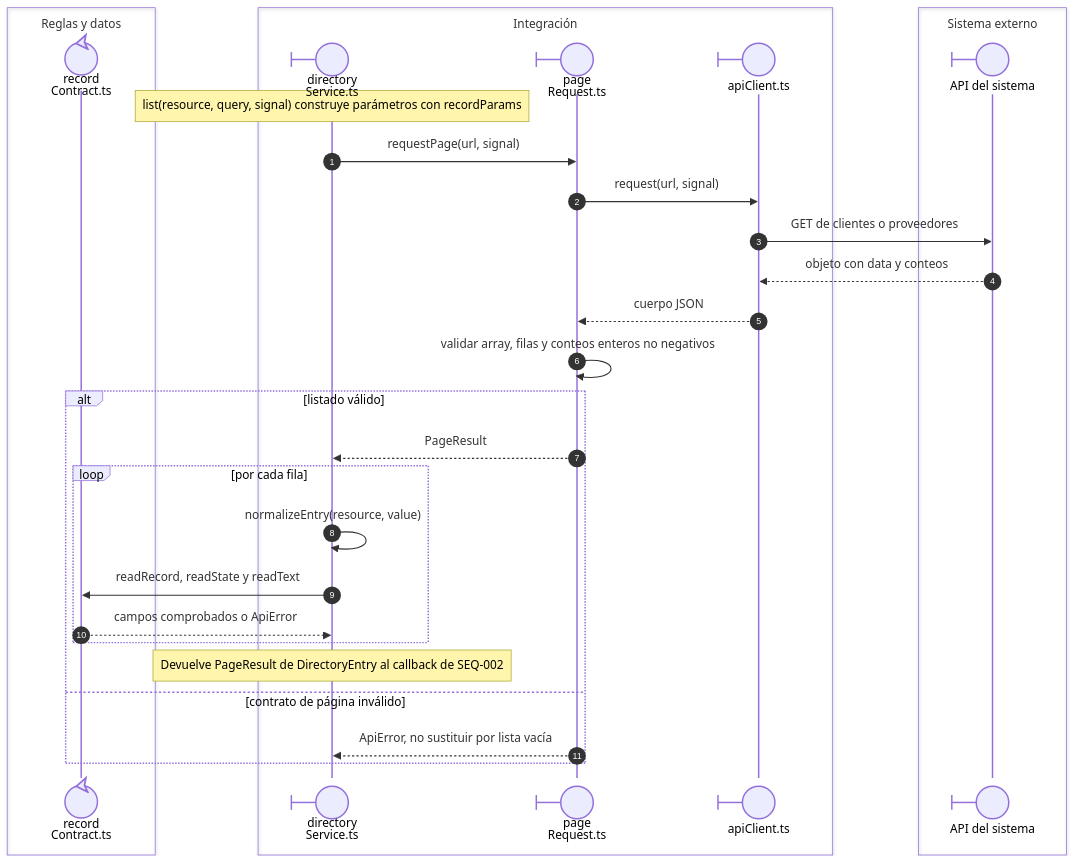
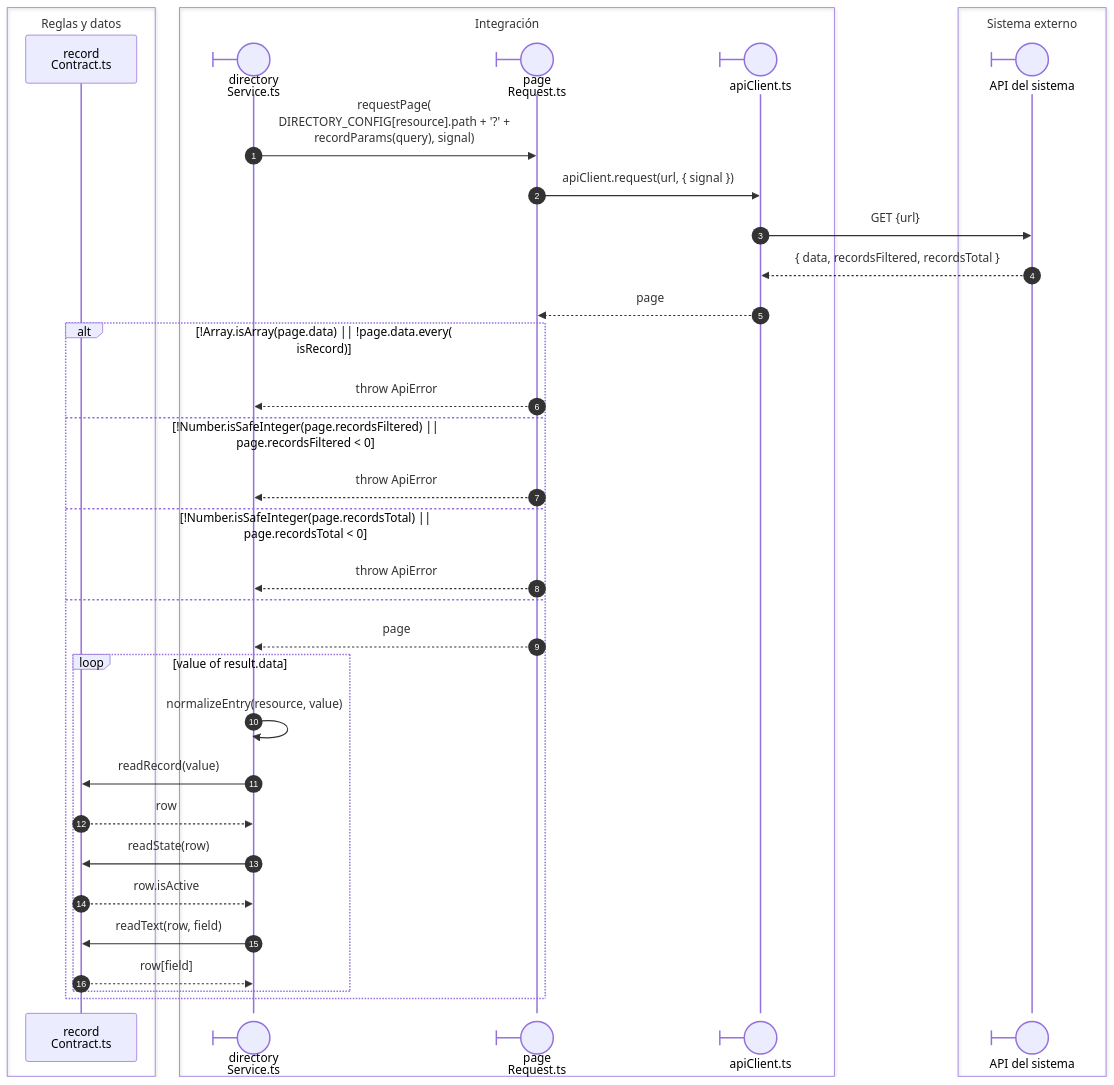
Before and after one commit to gpgsistemas01/nexus: the second of 2 diagrams in front/docs/architecture/views/processes/02-shared-runtime/07-http-and-contracts.md, drawn with Mermaid. The commit also changed other lines of this file and 43 other files, not shown here.

````diff
--- a/front/docs/architecture/views/processes/02-shared-runtime/07-http-and-contracts.md
+++ b/front/docs/architecture/views/processes/02-shared-runtime/07-http-and-contracts.md
@@ -54,33 +47,38 @@
 ```mermaid
 sequenceDiagram
     autonumber
     box Reglas y datos
-    participant Contract@{ "type": "control" } as record<br/>Contract.ts
+    participant Contract as record<br/>Contract.ts
     end
     box Integración
     participant Service@{ "type": "boundary" } as directory<br/>Service.ts
     participant Paged@{ "type": "boundary" } as page<br/>Request.ts
     participant HTTP@{ "type": "boundary" } as apiClient.ts
     end
     box Sistema externo
     participant API@{ "type": "boundary" } as API del sistema
     end
-    Note over Service: list(resource, query, signal) construye parámetros con recordParams
-    Service->>Paged: requestPage(url, signal)
-    Paged->>HTTP: request(url, signal)
-    HTTP->>API: GET de clientes o proveedores
-    API-->>HTTP: objeto con data y conteos
-    HTTP-->>Paged: cuerpo JSON
-    Paged->>Paged: validar array, filas y conteos enteros no negativos
-    alt listado válido
-        Paged-->>Service: PageResult
-        loop por cada fila
-            Service->>Service: normalizeEntry(resource, value)
-            Service->>Contract: readRecord, readState y readText
-            Contract-->>Service: campos comprobados o ApiError
+    Service->>Paged: nowrap: requestPage(<br/>DIRECTORY_CONFIG[resource].path + '?' +<br/>recordParams(query), signal)
+    Paged->>HTTP: nowrap: apiClient.request(url, { signal })
+    HTTP->>API: nowrap: GET {url}
+    API-->>HTTP: nowrap: { data, recordsFiltered, recordsTotal }
+    HTTP-->>Paged: nowrap: page
+    alt nowrap: !Array.isArray(page.data) || !page.data.every(<br/>isRecord)
+        Paged-->>Service: nowrap: throw ApiError
+    else nowrap: !Number.isSafeInteger(page.recordsFiltered) ||<br/>page.recordsFiltered < 0
+        Paged-->>Service: nowrap: throw ApiError
+    else nowrap: !Number.isSafeInteger(page.recordsTotal) ||<br/>page.recordsTotal < 0
+        Paged-->>Service: nowrap: throw ApiError
+    else
+        Paged-->>Service: nowrap: page
+        loop nowrap: value of result.data
+            Service->>Service: nowrap: normalizeEntry(resource, value)
+            Service->>Contract: nowrap: readRecord(value)
+            Contract-->>Service: nowrap: row
+            Service->>Contract: nowrap: readState(row)
+            Contract-->>Service: nowrap: row.isActive
+            Service->>Contract: nowrap: readText(row, field)
+            Contract-->>Service: nowrap: row[field]
         end
-        Note over Service: Devuelve PageResult de DirectoryEntry al callback de SEQ-002
-    else contrato de página inválido
-        Paged-->>Service: ApiError, no sustituir por lista vacía
     end
 ```
````
